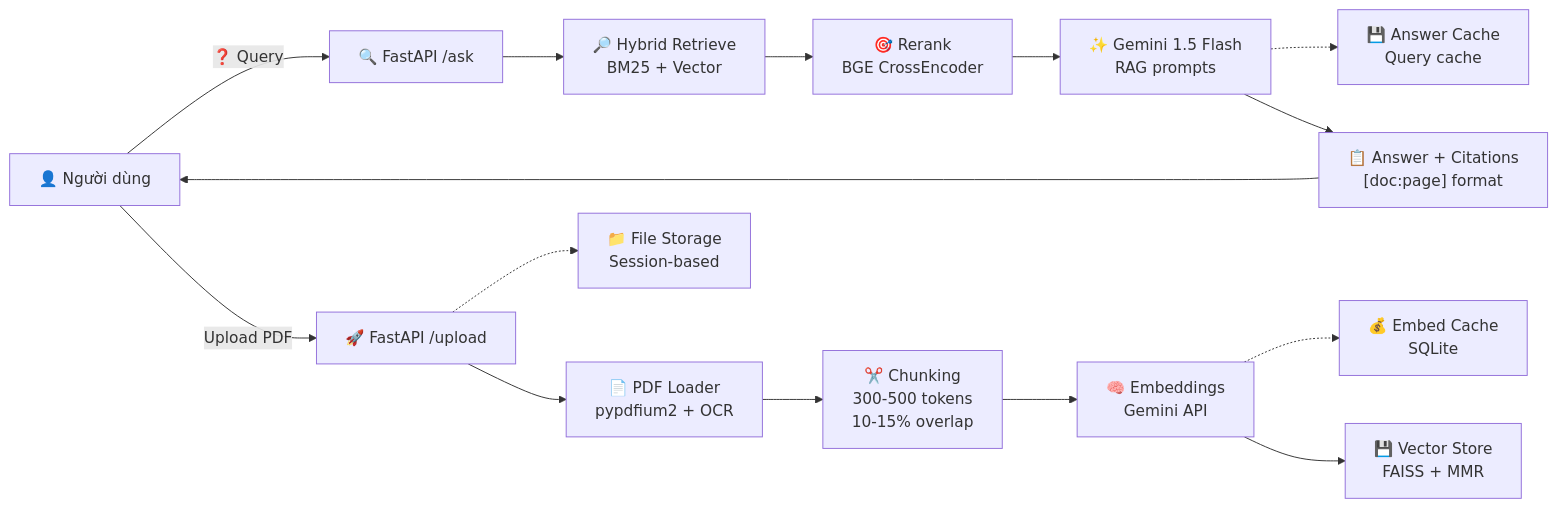
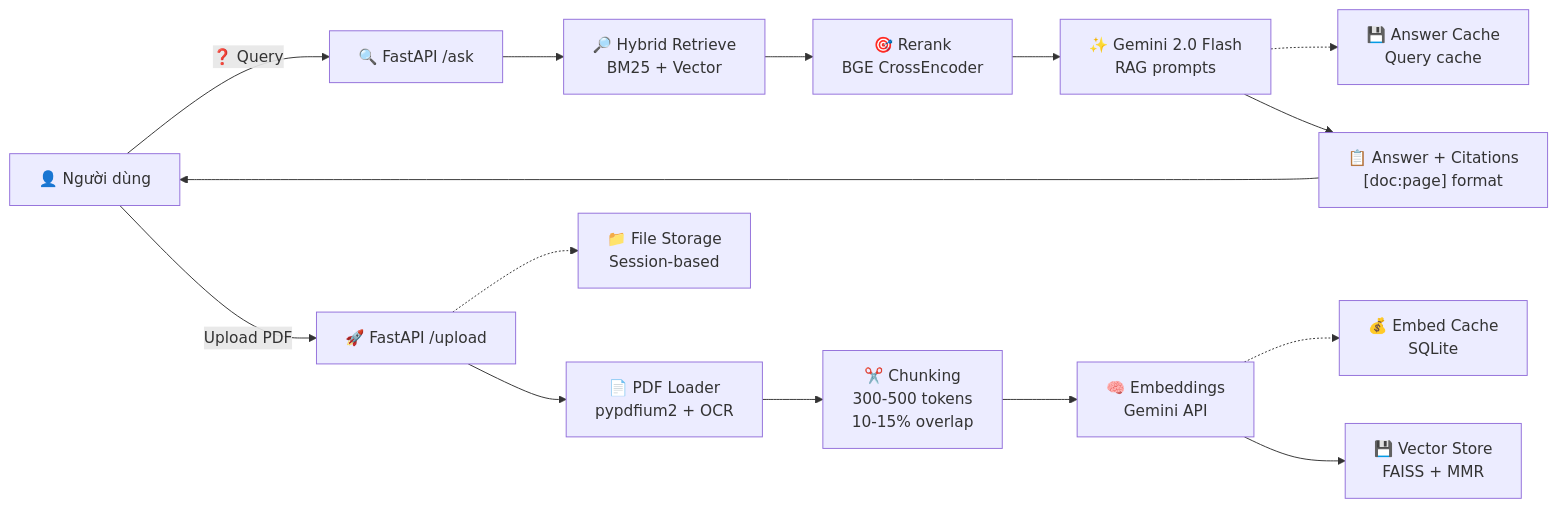
The first of 2 diagrams in README.md (dungle03/rag-pdf), drawn with Mermaid before and after one commit. The commit also changed other lines of this file, not shown here.

````diff
--- a/README.md
+++ b/README.md
@@ -29,19 +29,19 @@
 ```mermaid
 flowchart LR
     U["👤 Người dùng"] -- "Upload PDF" --> S["🚀 FastAPI /upload"]
     S --> L["📄 PDF Loader<br/>pypdfium2 + OCR"]
     L --> C["✂️ Chunking<br/>300-500 tokens<br/>10-15% overlap"]
     C --> E["🧠 Embeddings<br/>Gemini API"]
     E --> V["💾 Vector Store<br/>FAISS + MMR"]
     
     U -- "❓ Query" --> Q["🔍 FastAPI /ask"]
     Q --> R1["🔎 Hybrid Retrieve<br/>BM25 + Vector"]
     R1 --> R2["🎯 Rerank<br/>BGE CrossEncoder"]
-    R2 --> G["✨ Gemini 1.5 Flash<br/>RAG prompts"]
+    R2 --> G["✨ Gemini 2.0 Flash<br/>RAG prompts"]
     G --> A["📋 Answer + Citations<br/>[doc:page] format"]
     A --> U
     
     E -.-> EC["💰 Embed Cache<br/>SQLite"]
     G -.-> AC["💾 Answer Cache<br/>Query cache"]
     S -.-> FS["📁 File Storage<br/>Session-based"]
 ```
````
